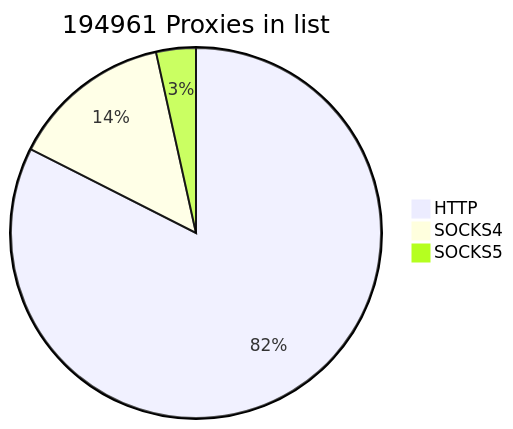
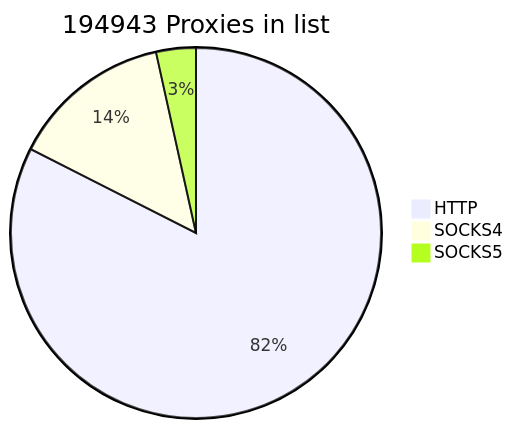
One commit to cutipu/proxylist changed the first of 2 diagrams in README.md. Above: the diagram before and after it, drawn with Mermaid. The commit also changed other lines of this file, not shown here.

````diff
--- a/README.md
+++ b/README.md
@@ -2,7 +2,7 @@
 ```mermaid
-pie title 194961 Proxies in list
+pie title 194943 Proxies in list
     "HTTP" : 160782
-    "SOCKS4" : 27421
-    "SOCKS5" : 6758
+    "SOCKS4" : 27405
+    "SOCKS5" : 6756
             
 ```
````
